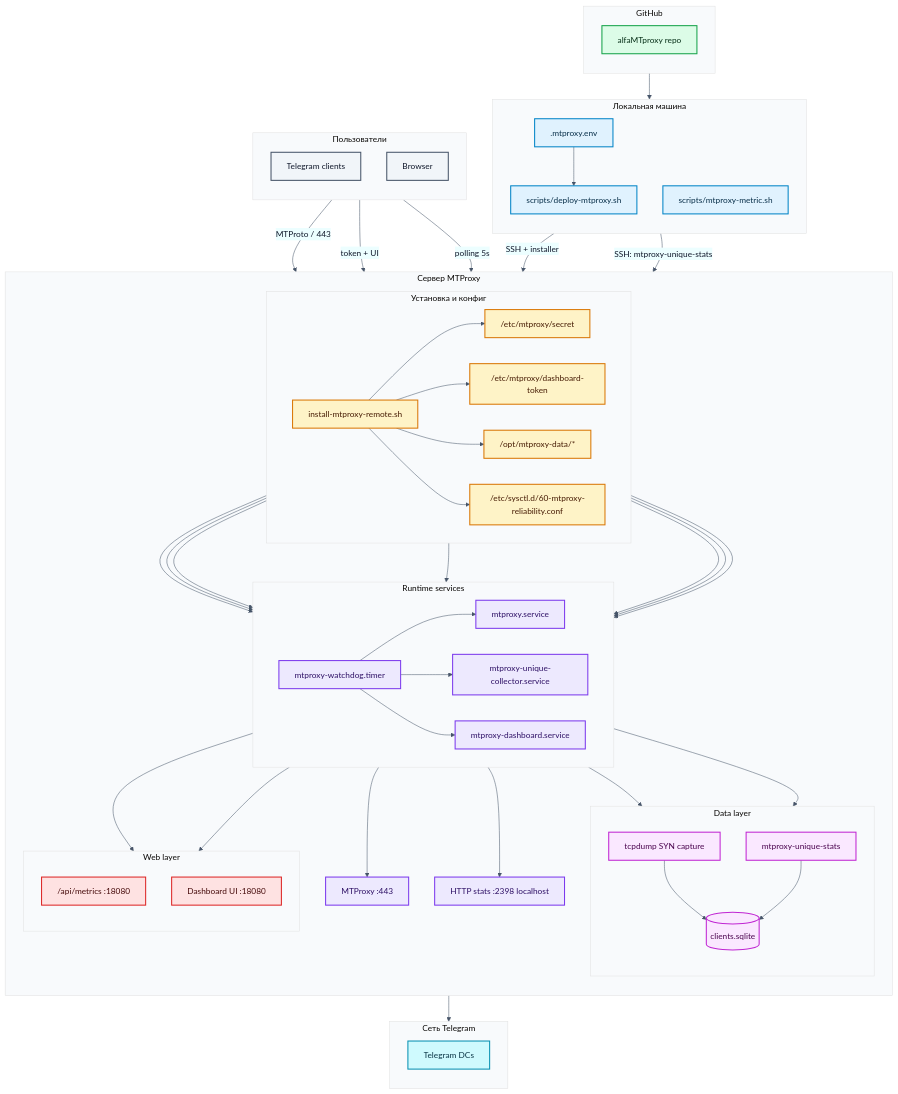
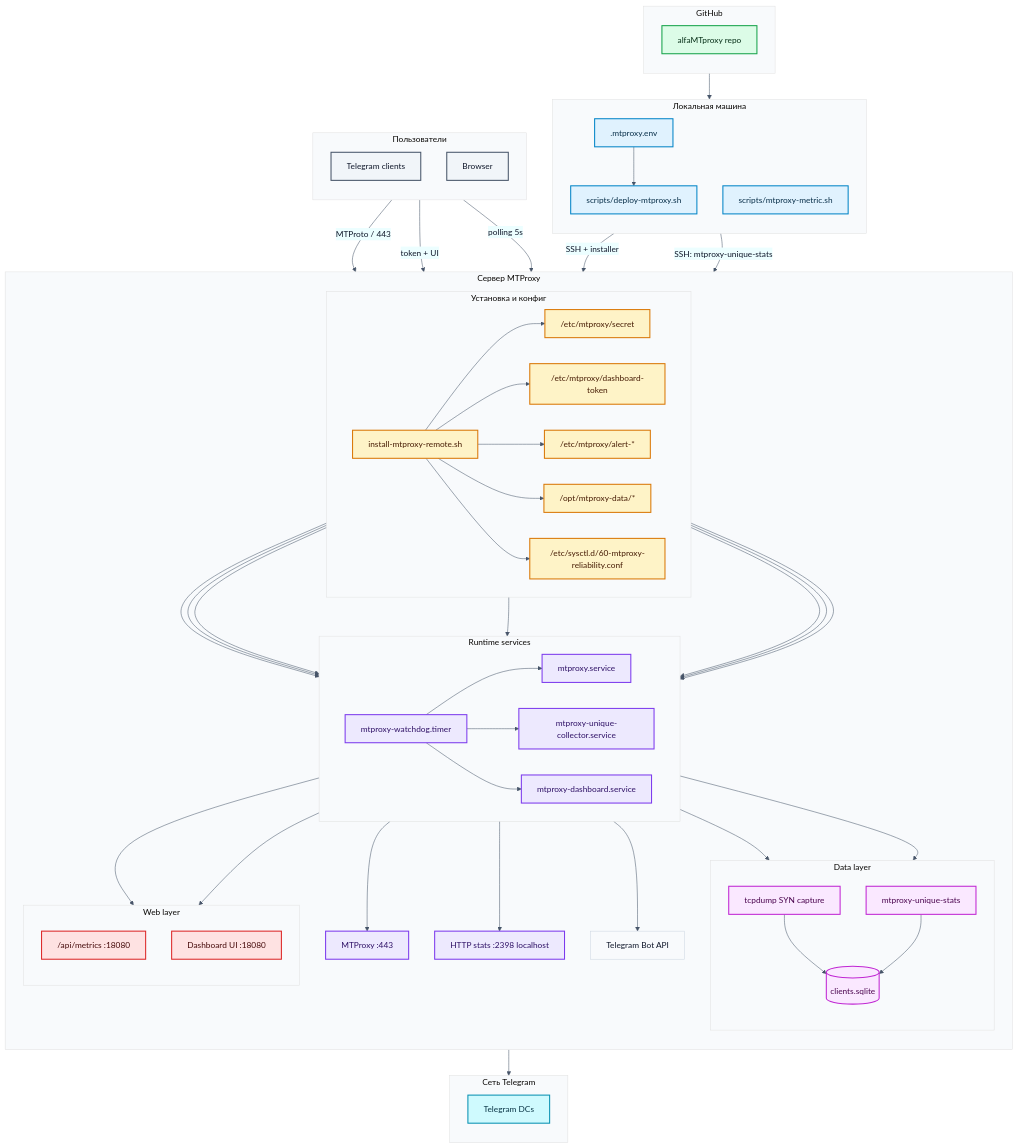
Before and after one commit to arseniikarlov/alfaMTproxy: the diagram in docs/architecture.md, drawn with Mermaid. The commit also changed other lines of this file and 5 other files, not shown here.

Commit message:
Add Telegram alerts for mtproxy watchdog

```diff
--- a/docs/architecture.md
+++ b/docs/architecture.md
@@ -36,10 +36,12 @@
             INSTALL["install-mtproxy-remote.sh"]
             SECRET["/etc/mtproxy/secret"]
             TOKEN["/etc/mtproxy/dashboard-token"]
+            ALERTS["/etc/mtproxy/alert-*"]
             TGCONF["/opt/mtproxy-data/*"]
             SYSCTL["/etc/sysctl.d/60-mtproxy-reliability.conf"]
             INSTALL --> SECRET
             INSTALL --> TOKEN
+            INSTALL --> ALERTS
             INSTALL --> TGCONF
             INSTALL --> SYSCTL
         end
@@ -67,6 +69,8 @@
             UI["Dashboard UI :18080"]
         end
 
+        NOTIFY["Telegram Bot API"]
+
         PROXY["MTProxy :443"]
         LOCALSTATS["HTTP stats :2398 localhost"]
 
@@ -88,6 +92,7 @@
         WATCHDOG --> MTSVC
         WATCHDOG --> COLSVC
         WATCHDOG --> DASHSVC
+        WATCHDOG --> NOTIFY
     end
 
     subgraph USERS["Пользователи"]
@@ -122,7 +127,7 @@
 
     class ENV,DEPLOY,CLI local;
     class REPO git;
-    class INSTALL,SECRET,TOKEN,TGCONF,SYSCTL install;
+    class INSTALL,SECRET,TOKEN,ALERTS,TGCONF,SYSCTL install;
     class MTSVC,COLSVC,DASHSVC,WATCHDOG,PROXY,LOCALSTATS runtime;
     class TCPDUMP,DB,STATS data;
     class API,UI web;
```
